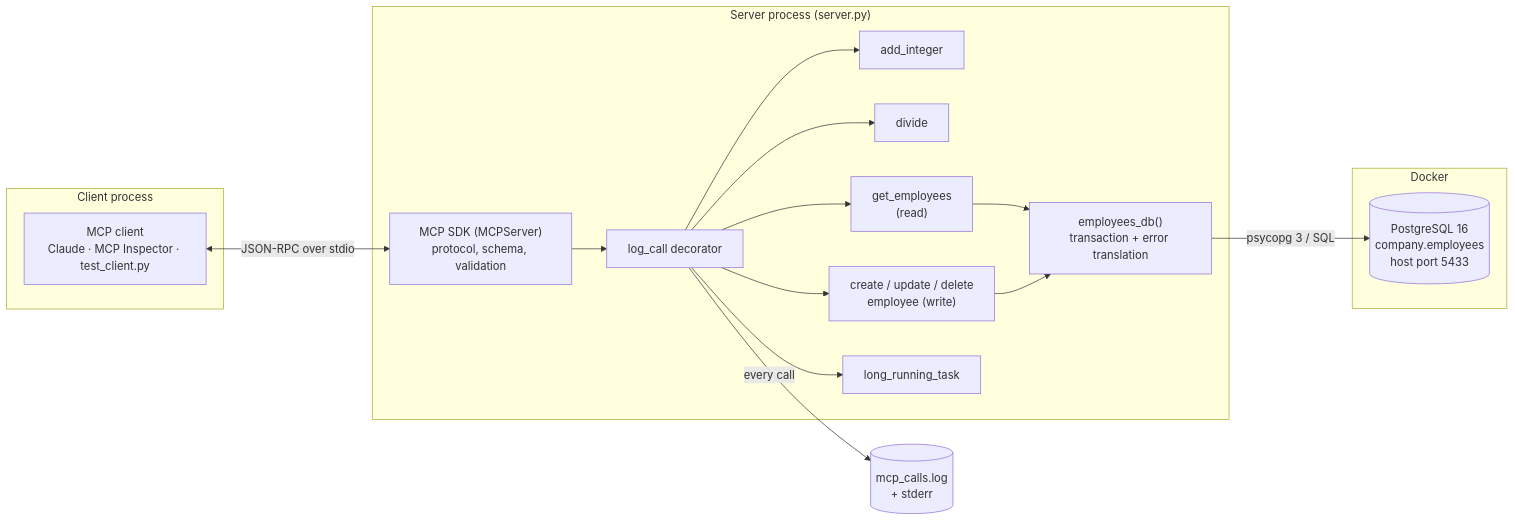
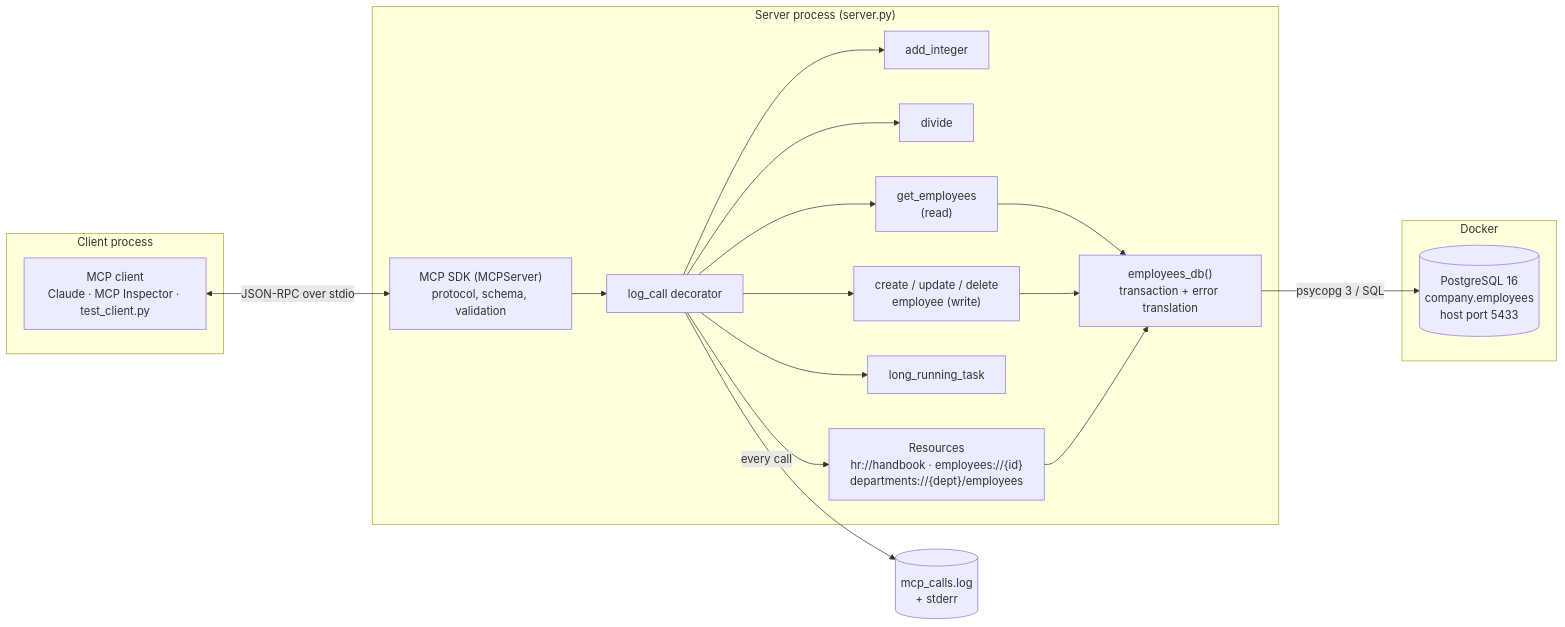
One commit to sluganesh/mcp-coreconcepts changed the first of 5 diagrams in docs/ARCHITECTURE.md. Above: the diagram before and after it, drawn with Mermaid. The commit also changed other lines of this file and 5 other files, not shown here.

First line of the commit message:
Add MCP resources: HR handbook, employee profiles, department rosters

````diff
--- a/docs/ARCHITECTURE.md
+++ b/docs/ARCHITECTURE.md
@@ -23,30 +24,31 @@
 ```mermaid
 flowchart LR
     subgraph Client process
         C["MCP client<br/>Claude · MCP Inspector · test_client.py"]
     end
 
     subgraph "Server process (server.py)"
         SDK["MCP SDK (MCPServer)<br/>protocol, schema, validation"]
         LC["log_call decorator"]
         T1["add_integer"]
         T2["divide"]
         T3["get_employees<br/>(read)"]
         T5["create / update / delete<br/>employee (write)"]
         T4["long_running_task"]
+        R["Resources<br/>hr://handbook · employees://{id}<br/>departments://{dept}/employees"]
         H["employees_db()<br/>transaction + error translation"]
         SDK --> LC
-        LC --> T1 & T2 & T3 & T5 & T4
-        T3 & T5 --> H
+        LC --> T1 & T2 & T3 & T5 & T4 & R
+        T3 & T5 & R --> H
     end
 
     subgraph Docker
         DB[("PostgreSQL 16<br/>company.employees<br/>host port 5433")]
     end
 
     LOG[("mcp_calls.log<br/>+ stderr")]
 
     C <-- "JSON-RPC over stdio" --> SDK
     LC -- "every call" --> LOG
     H -- "psycopg 3 / SQL" --> DB
 ```
````
